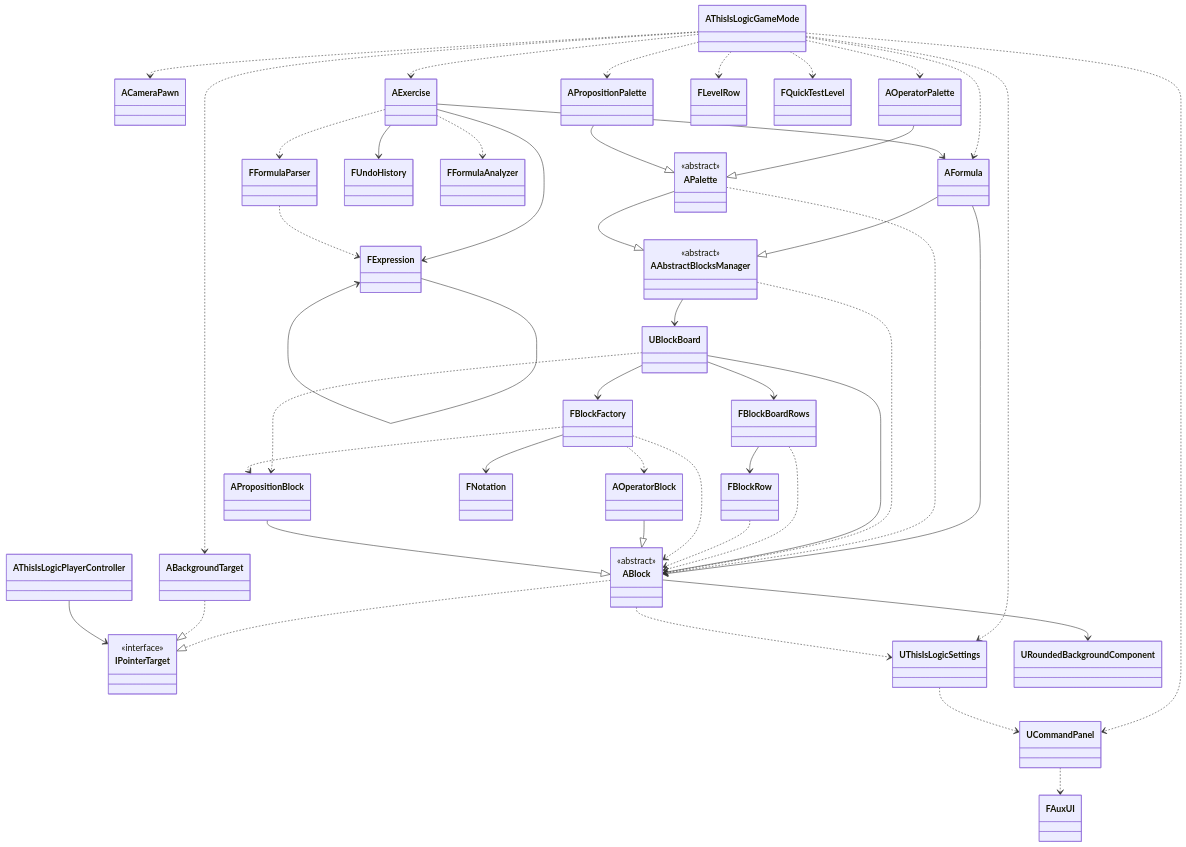
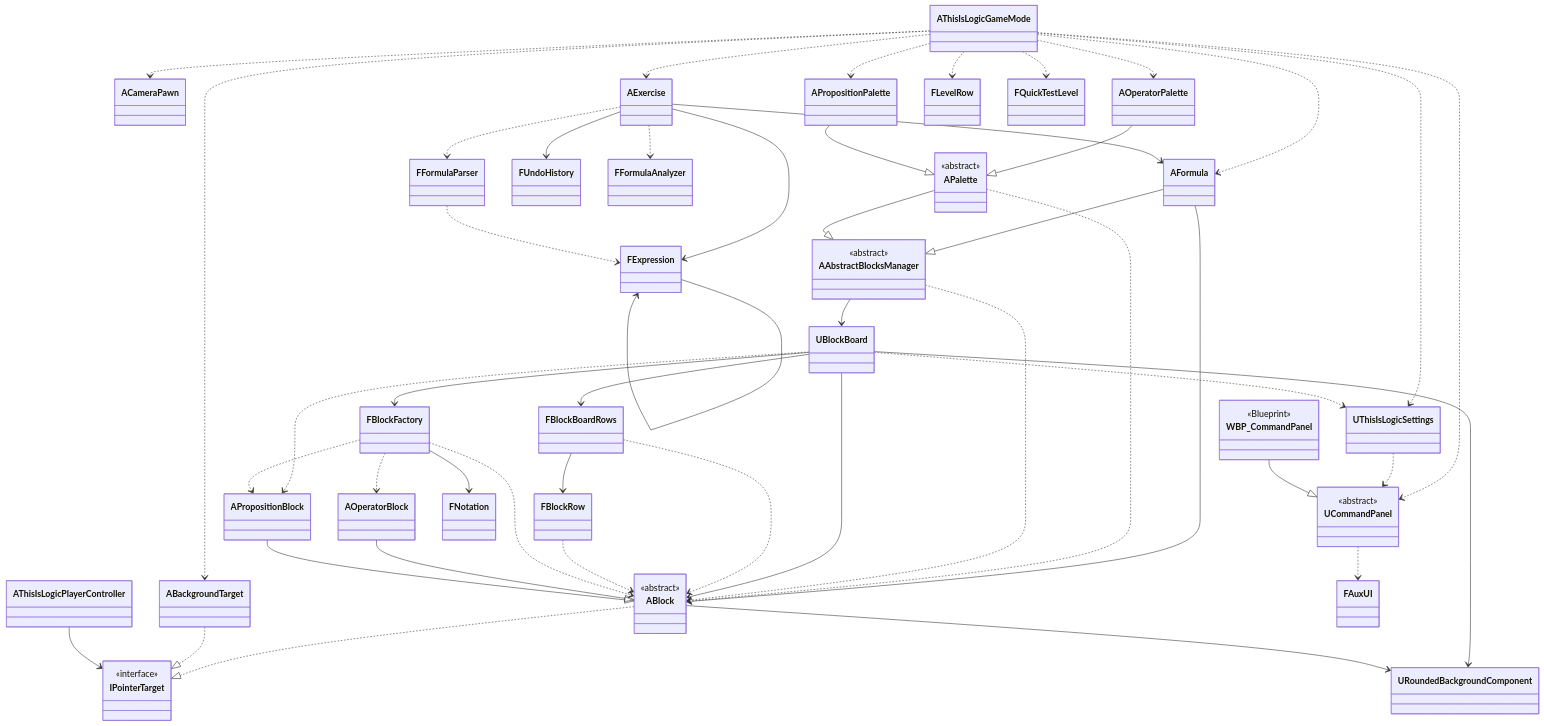
Before and after one commit to expn-pi/ThisIsLogic: the diagram in README.md, drawn with Mermaid. The commit also changed other lines of this file and 20 other files, not shown here.

````diff
--- a/README.md
+++ b/README.md
@@ -86,71 +87,79 @@
 ```mermaid
 classDiagram
     class IPointerTarget {
         <<interface>>
     }
     class ABlock {
         <<abstract>>
     }
     class AAbstractBlocksManager {
         <<abstract>>
     }
     class APalette {
         <<abstract>>
+    }
+    class UCommandPanel {
+        <<abstract>>
+    }
+    class WBP_CommandPanel {
+        <<Blueprint>>
     }
 
     AThisIsLogicGameMode ..> ACameraPawn
     AThisIsLogicGameMode ..> AFormula
     AThisIsLogicGameMode ..> ABackgroundTarget
     AThisIsLogicGameMode ..> AExercise
     AThisIsLogicGameMode ..> UCommandPanel
     AThisIsLogicGameMode ..> AOperatorPalette
     AThisIsLogicGameMode ..> APropositionPalette
     AThisIsLogicGameMode ..> UThisIsLogicSettings
     AThisIsLogicGameMode ..> FLevelRow
     AThisIsLogicGameMode ..> FQuickTestLevel
 
     AExercise --> AFormula
     AExercise --> FUndoHistory
     AExercise --> FExpression
     AExercise ..> FFormulaAnalyzer
     AExercise ..> FFormulaParser
 
     FFormulaParser ..> FExpression
     FExpression --> FExpression
 
     AFormula --|> AAbstractBlocksManager
     AFormula --> ABlock
 
     AOperatorPalette --|> APalette
     APropositionPalette --|> APalette
     APalette --|> AAbstractBlocksManager
     APalette ..> ABlock
 
     AAbstractBlocksManager --> UBlockBoard
     AAbstractBlocksManager ..> ABlock
 
     UBlockBoard --> FBlockBoardRows
     UBlockBoard --> FBlockFactory
     UBlockBoard --> ABlock
     UBlockBoard ..> APropositionBlock
+    UBlockBoard --> URoundedBackgroundComponent
+    UBlockBoard ..> UThisIsLogicSettings
     FBlockBoardRows --> FBlockRow
     FBlockBoardRows ..> ABlock
     FBlockRow ..> ABlock
 
     FBlockFactory --> FNotation
     FBlockFactory ..> ABlock
     FBlockFactory ..> AOperatorBlock
     FBlockFactory ..> APropositionBlock
 
     AOperatorBlock --|> ABlock
     APropositionBlock --|> ABlock
     ABlock ..|> IPointerTarget
     ABlock --> URoundedBackgroundComponent
-    ABlock ..> UThisIsLogicSettings
 
     ABackgroundTarget ..|> IPointerTarget
     AThisIsLogicPlayerController --> IPointerTarget
 
     UThisIsLogicSettings ..> UCommandPanel
     UCommandPanel ..> FAuxUI
+    WBP_CommandPanel --|> UCommandPanel
 ```
````
